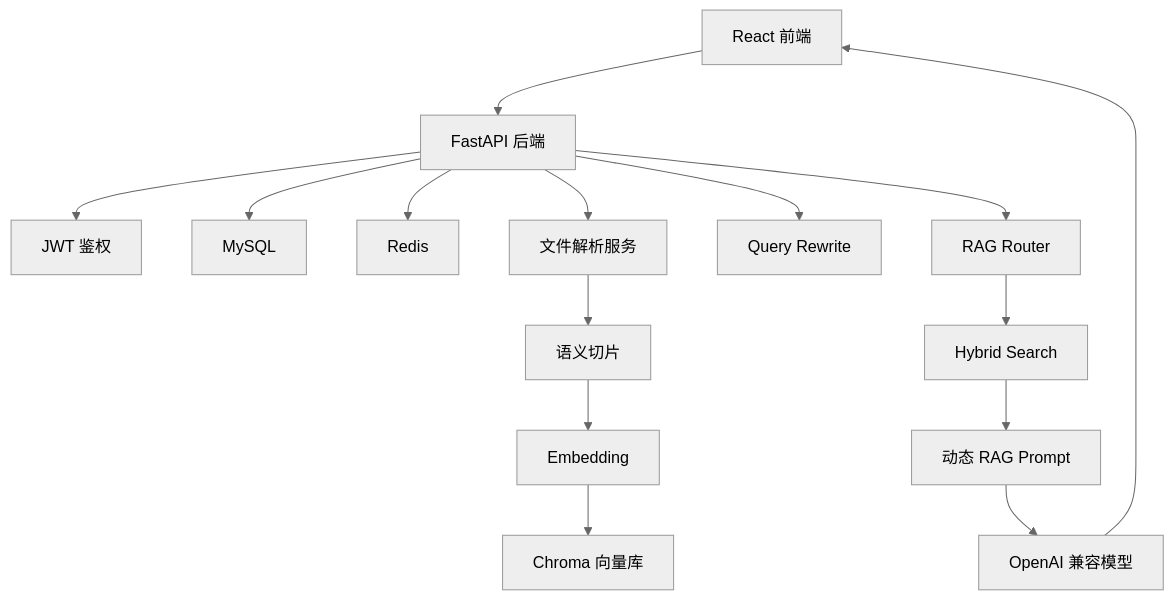
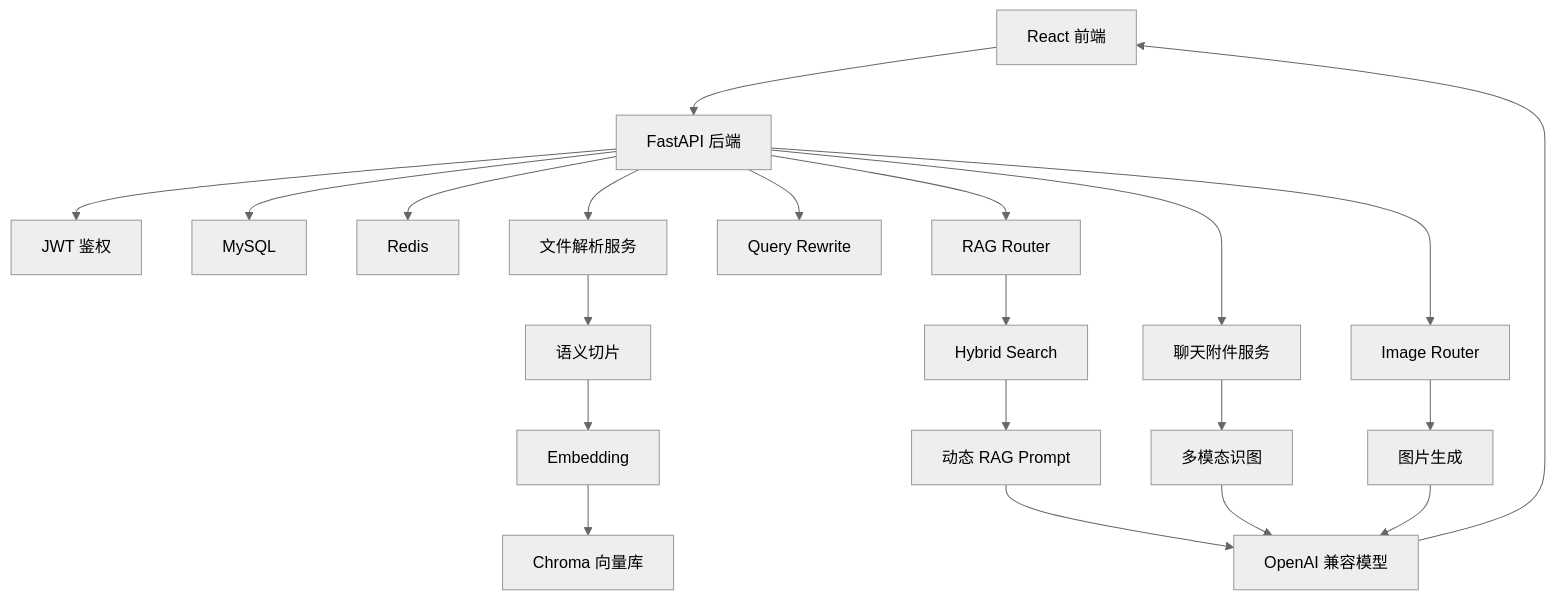
The first of 2 diagrams in README.md (qingchuan73/ai-chat-rag), drawn with Mermaid (neutral theme) before and after one commit. The commit also changed other lines of this file and 43 other files, not shown here.

Commit message:
曾家按图片生成和识别

````diff
--- a/README.md
+++ b/README.md
@@ -50,17 +54,23 @@
 ```mermaid
 flowchart TD
     A["React 前端"] --> B["FastAPI 后端"]
     B --> C["JWT 鉴权"]
     B --> D["MySQL"]
     B --> E["Redis"]
     B --> F["文件解析服务"]
     F --> G["语义切片"]
     G --> H["Embedding"]
     H --> I["Chroma 向量库"]
     B --> J["Query Rewrite"]
     B --> K["RAG Router"]
     K --> L["Hybrid Search"]
     L --> M["动态 RAG Prompt"]
+    B --> O["聊天附件服务"]
+    O --> P["多模态识图"]
+    B --> S["Image Router"]
+    S --> T["图片生成"]
     M --> N["OpenAI 兼容模型"]
+    P --> N
+    T --> N
     N --> A
 ```
````
